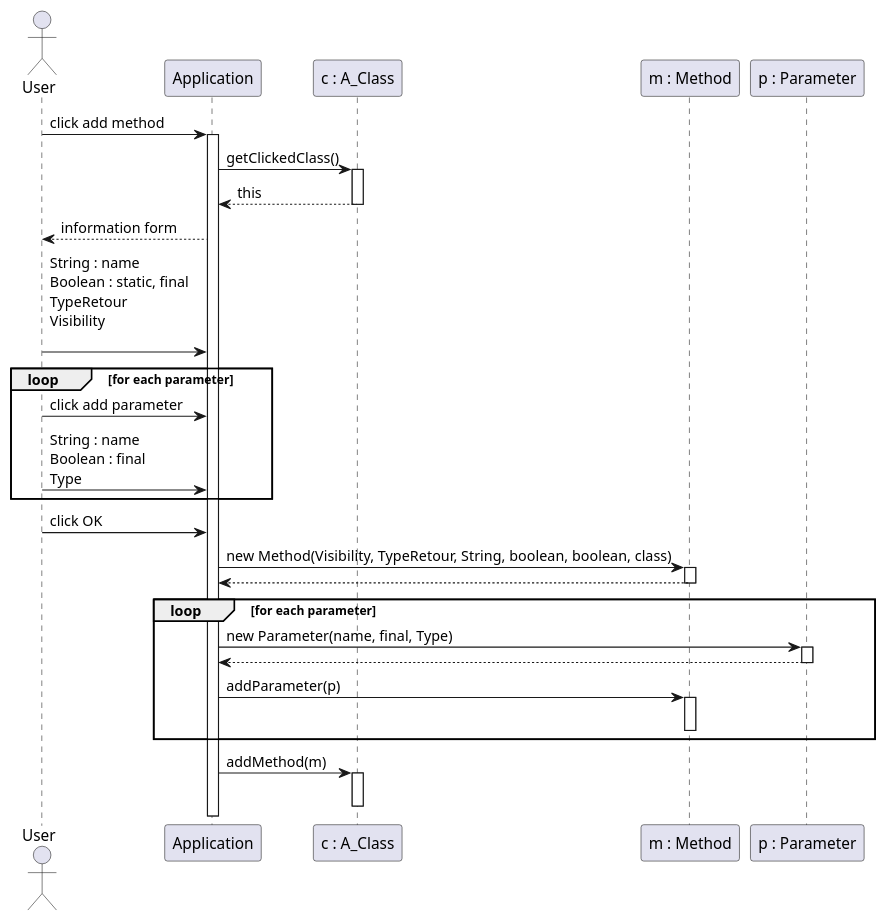
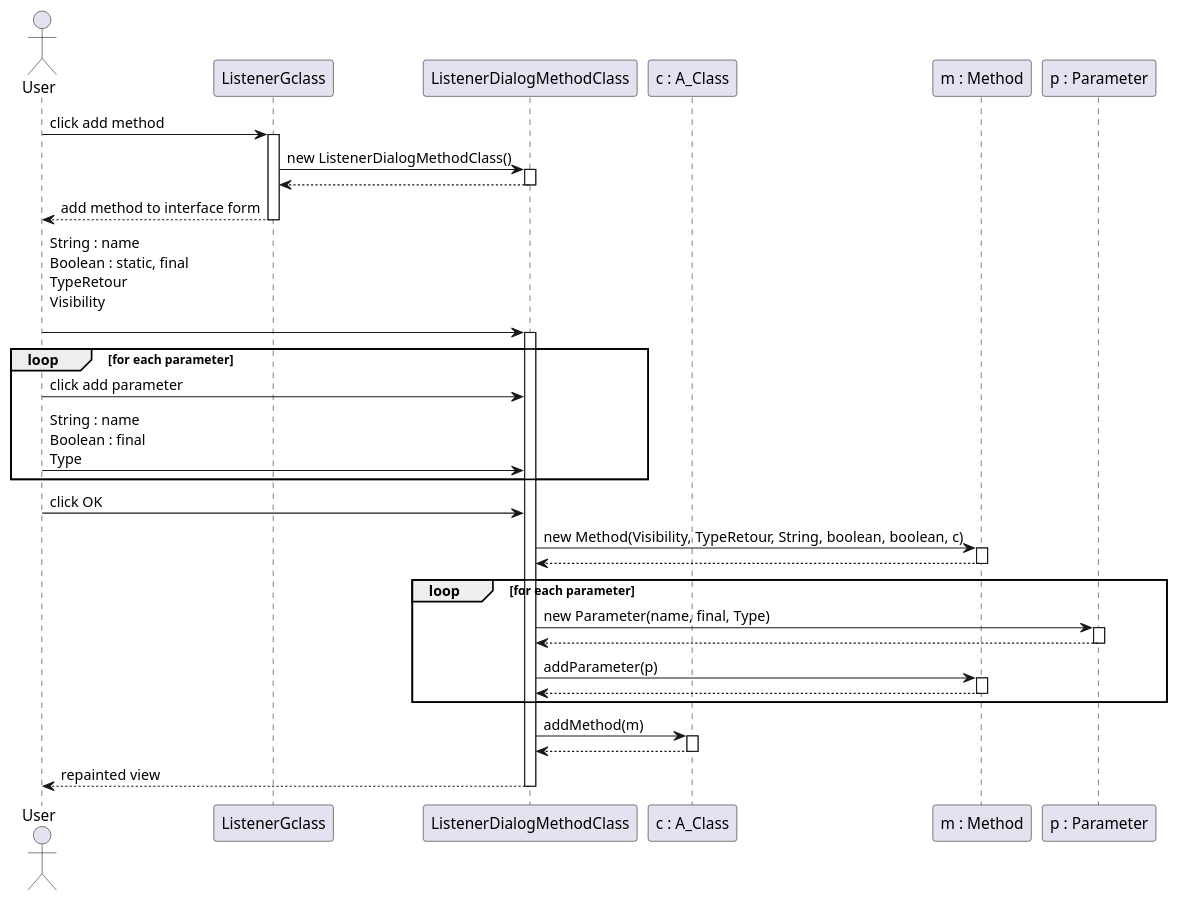
Before and after one commit to Phalexei/Modeleur: the diagram in src/com/github/tomap/uml/conception/sequenceDiagrams/addMethodClass.puml, drawn with PlantUML. The commit also changed 7 other files, not shown here.

Commit message:
diagrammes de séquence

```diff
--- a/src/com/github/tomap/uml/conception/sequenceDiagrams/addMethodClass.puml
+++ b/src/com/github/tomap/uml/conception/sequenceDiagrams/addMethodClass.puml
@@ -1,45 +1,55 @@
 @startuml
 
     actor User as u
-    participant Application as a
+    participant ListenerGclass as lgc
+    participant ListenerDialogMethodClass as lmc
     participant "c : A_Class" as c
     participant "m : Method" as m
     participant "p : Parameter" as p
 
+    u -> lgc: click add method
+    activate lgc
 
-     u -> a: click add method
-    activate a
+    lgc -> lmc : new ListenerDialogMethodClass()
+    activate lmc
+    lmc --> lgc
+    deactivate lmc
 
-    a -> c: getClickedClass()
-    activate c
+    lgc --> u : add method to interface form
+    deactivate lgc
 
-    c --> a: this
-    deactivate c
+    
 
-    a --> u: information form
-
-    u -> a: String : name\nBoolean : static, final\nTypeRetour\nVisibility\n
+    u -> lmc: String : name\nBoolean : static, final\nTypeRetour\nVisibility\n
+    activate lmc
     loop for each parameter
-        u -> a: click add parameter
-        u -> a: String : name\nBoolean : final\nType
+        u -> lmc: click add parameter
+        u -> lmc: String : name\nBoolean : final\nType
     end
 
-    u -> a: click OK
-    a -> m: new Method(Visibility, TypeRetour, String, boolean, boolean, class)
+    u -> lmc: click OK
+
+
+    lmc -> m: new Method(Visibility, TypeRetour, String, boolean, boolean, c)
     activate m
-    m --> a
+    m --> lmc
     deactivate m
     loop for each parameter
-        a -> p: new Parameter(name, final, Type)
+        lmc -> p: new Parameter(name, final, Type)
         activate p
-        p --> a
+        p --> lmc
         deactivate p
-        a -> m: addParameter(p)
+        lmc -> m: addParameter(p)
         activate m
+        m --> lmc
         deactivate m
     end
     deactivate m
-    a -> c: addMethod(m)
+    lmc -> c: addMethod(m)
     activate c
+    c --> lmc
     deactivate c
+
+    lmc --> u: repainted view
+    deactivate lmc
 @enduml
```
